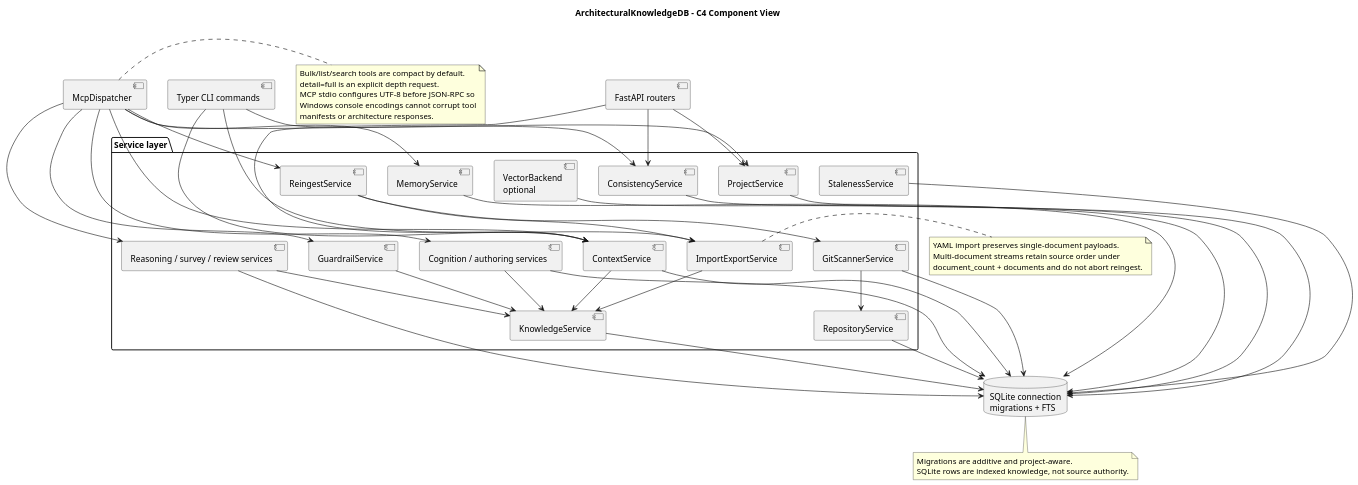
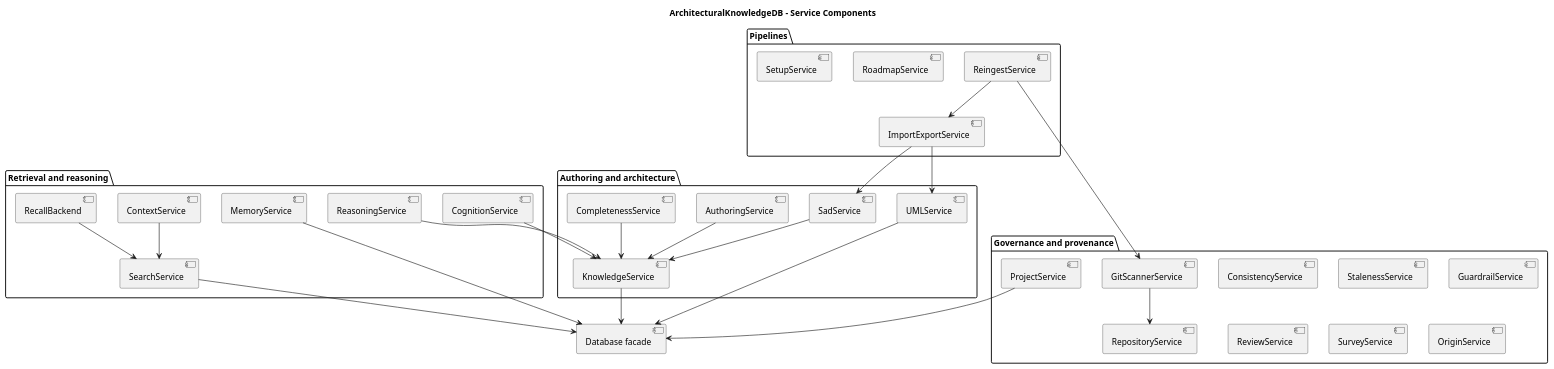
One commit to Held0fTheWelt/ArchitecturalKnowledgeDB changed the diagram in docs/architecture/UML/components/c4-component.puml. Above: the diagram before and after it, drawn with PlantUML. The commit also changed 59 other files, not shown here.

Commit message:
feat: add DB-native SAD and UML authoring

```diff
--- a/docs/architecture/UML/components/c4-component.puml
+++ b/docs/architecture/UML/components/c4-component.puml
@@ -1,79 +1,53 @@
-@startuml architecturalknowledgedb-c4-component
-title ArchitecturalKnowledgeDB - C4 Component View
-
-package "Service layer" {
-  component "ProjectService" as ProjectService
-  component "KnowledgeService" as KnowledgeService
-  component "ContextService" as ContextService
-  component "ConsistencyService" as ConsistencyService
-  component "StalenessService" as StalenessService
-  component "RepositoryService" as RepositoryService
-  component "GitScannerService" as GitScannerService
-  component "ImportExportService" as ImportExportService
-  component "ReingestService" as ReingestService
-  component "Cognition / authoring services" as Cognition
-  component "MemoryService" as MemoryService
-  component "Reasoning / survey / review services" as Reasoning
-  component "GuardrailService" as GuardrailService
-  component "VectorBackend\noptional" as VectorBackend
+@startuml akdb-components
+title ArchitecturalKnowledgeDB - Service Components
+package "Authoring and architecture" {
+ component SadService
+ component UMLService
+ component KnowledgeService
+ component AuthoringService
+ component CompletenessService
 }
-
-database "SQLite connection\nmigrations + FTS" as DB
-component "McpDispatcher" as MCP
-component "FastAPI routers" as API
-component "Typer CLI commands" as CLI
-
-CLI --> ProjectService
-CLI --> ImportExportService
-CLI --> ContextService
-API --> ProjectService
-API --> ContextService
-API --> ConsistencyService
-MCP --> ContextService
-MCP --> Cognition
-MCP --> ConsistencyService
-MCP --> MemoryService
-MCP --> Reasoning
-MCP --> GuardrailService
-MCP --> ReingestService
-
-ProjectService --> DB
-KnowledgeService --> DB
-ContextService --> KnowledgeService
-ContextService --> DB
-ConsistencyService --> DB
-StalenessService --> DB
-RepositoryService --> DB
+package "Retrieval and reasoning" {
+ component SearchService
+ component ContextService
+ component CognitionService
+ component ReasoningService
+ component MemoryService
+ component RecallBackend
+}
+package "Governance and provenance" {
+ component ProjectService
+ component RepositoryService
+ component GitScannerService
+ component ConsistencyService
+ component StalenessService
+ component GuardrailService
+ component ReviewService
+ component SurveyService
+ component OriginService
+}
+package "Pipelines" {
+ component ImportExportService
+ component ReingestService
+ component RoadmapService
+ component SetupService
+}
+component "Database facade" as DB
+SadService --> KnowledgeService
+ImportExportService --> SadService
+ImportExportService --> UMLService
+AuthoringService --> KnowledgeService
+CompletenessService --> KnowledgeService
+ContextService --> SearchService
+CognitionService --> KnowledgeService
+ReasoningService --> KnowledgeService
+RecallBackend --> SearchService
 GitScannerService --> RepositoryService
-GitScannerService --> DB
-ImportExportService --> KnowledgeService
 ReingestService --> ImportExportService
 ReingestService --> GitScannerService
-Cognition --> KnowledgeService
-Cognition --> DB
+KnowledgeService --> DB
+UMLService --> DB
+SearchService --> DB
 MemoryService --> DB
-Reasoning --> KnowledgeService
-Reasoning --> DB
-GuardrailService --> KnowledgeService
-VectorBackend --> DB
-
-note right of ImportExportService
-  YAML import preserves single-document payloads.
-  Multi-document streams retain source order under
-  document_count + documents and do not abort reingest.
-end note
-
-note bottom of DB
-  Migrations are additive and project-aware.
-  SQLite rows are indexed knowledge, not source authority.
-end note
-
-note right of MCP
-  Bulk/list/search tools are compact by default.
-  detail=full is an explicit depth request.
-  MCP stdio configures UTF-8 before JSON-RPC so
-  Windows console encodings cannot corrupt tool
-  manifests or architecture responses.
-end note
-
+ProjectService --> DB
 @enduml
```
